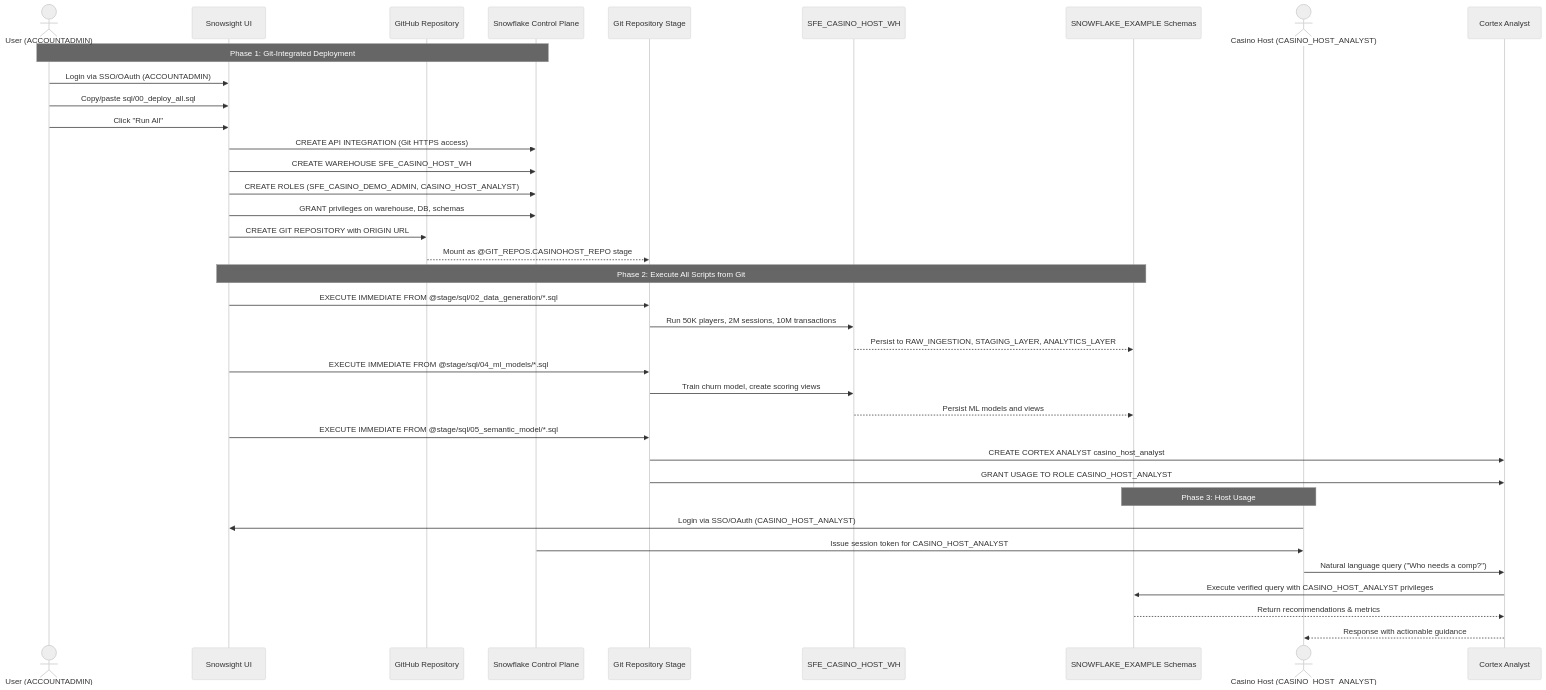
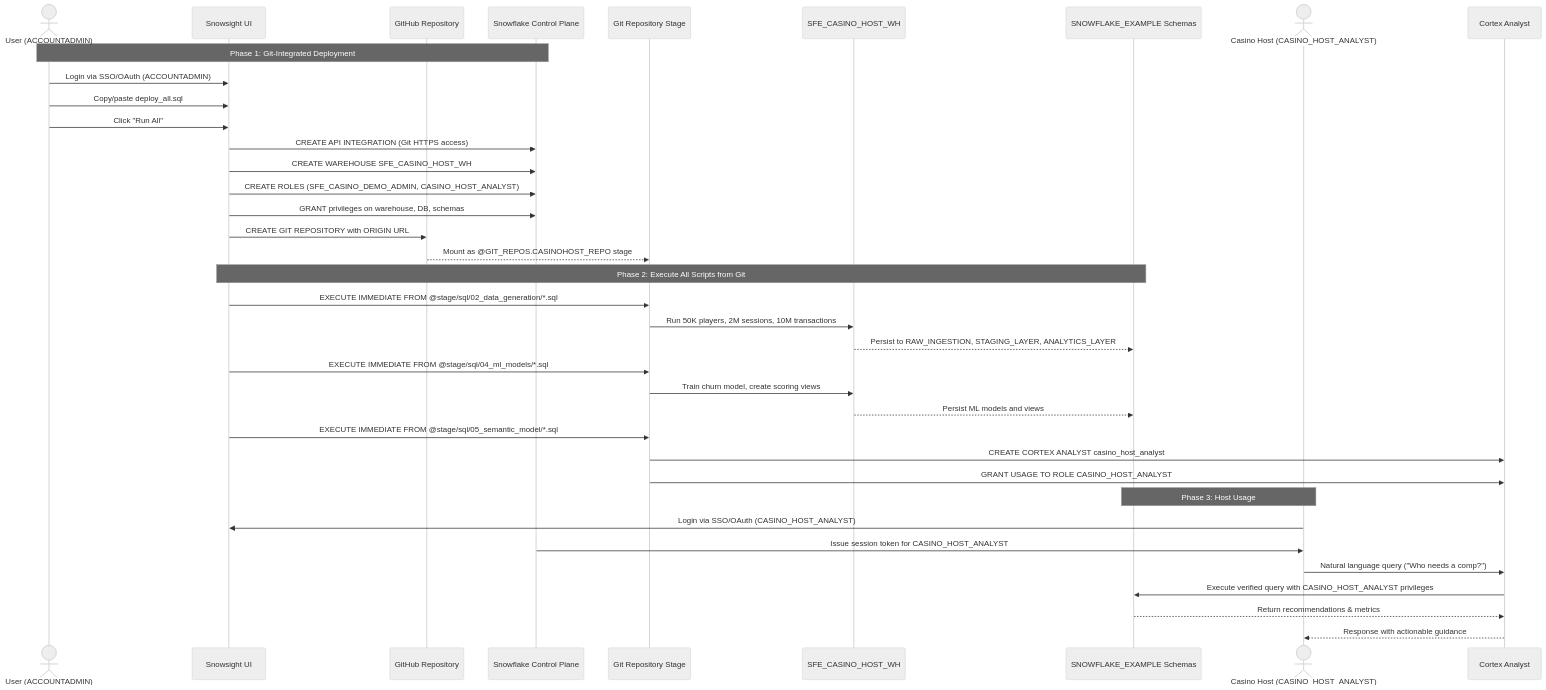
Before and after one commit to sfc-gh-miwhitaker/casinohost: the diagram in diagrams/auth-flow.md, drawn with Mermaid (neutral theme). The commit also changed other lines of this file and 13 other files, not shown here.

````diff
--- a/diagrams/auth-flow.md
+++ b/diagrams/auth-flow.md
@@ -11,46 +11,46 @@
 ```mermaid
 sequenceDiagram
     actor User as User (ACCOUNTADMIN)
     participant Snowsight as Snowsight UI
     participant GitHub as GitHub Repository
     participant Snowflake as Snowflake Control Plane
     participant GitStage as Git Repository Stage
     participant Warehouse as SFE_CASINO_HOST_WH
     participant DB as SNOWFLAKE_EXAMPLE Schemas
     actor Host as Casino Host (CASINO_HOST_ANALYST)
     participant Analyst as Cortex Analyst
 
     Note over User,Snowflake: Phase 1: Git-Integrated Deployment
     User->>Snowsight: Login via SSO/OAuth (ACCOUNTADMIN)
-    User->>Snowsight: Copy/paste sql/00_deploy_all.sql
+    User->>Snowsight: Copy/paste deploy_all.sql
     User->>Snowsight: Click "Run All"
     
     Snowsight->>Snowflake: CREATE API INTEGRATION (Git HTTPS access)
     Snowsight->>Snowflake: CREATE WAREHOUSE SFE_CASINO_HOST_WH
     Snowsight->>Snowflake: CREATE ROLES (SFE_CASINO_DEMO_ADMIN, CASINO_HOST_ANALYST)
     Snowsight->>Snowflake: GRANT privileges on warehouse, DB, schemas
     
     Snowsight->>GitHub: CREATE GIT REPOSITORY with ORIGIN URL
     GitHub-->>GitStage: Mount as @GIT_REPOS.CASINOHOST_REPO stage
     
     Note over Snowsight,DB: Phase 2: Execute All Scripts from Git
     Snowsight->>GitStage: EXECUTE IMMEDIATE FROM @stage/sql/02_data_generation/*.sql
     GitStage->>Warehouse: Run 50K players, 2M sessions, 10M transactions
     Warehouse-->>DB: Persist to RAW_INGESTION, STAGING_LAYER, ANALYTICS_LAYER
     
     Snowsight->>GitStage: EXECUTE IMMEDIATE FROM @stage/sql/04_ml_models/*.sql
     GitStage->>Warehouse: Train churn model, create scoring views
     Warehouse-->>DB: Persist ML models and views
     
     Snowsight->>GitStage: EXECUTE IMMEDIATE FROM @stage/sql/05_semantic_model/*.sql
     GitStage->>Analyst: CREATE CORTEX ANALYST casino_host_analyst
     GitStage->>Analyst: GRANT USAGE TO ROLE CASINO_HOST_ANALYST
 
     Note over Host,DB: Phase 3: Host Usage
     Host->>Snowsight: Login via SSO/OAuth (CASINO_HOST_ANALYST)
     Snowflake->>Host: Issue session token for CASINO_HOST_ANALYST
     Host->>Analyst: Natural language query ("Who needs a comp?")
     Analyst->>DB: Execute verified query with CASINO_HOST_ANALYST privileges
     DB-->>Analyst: Return recommendations & metrics
     Analyst-->>Host: Response with actionable guidance
 ```
````
